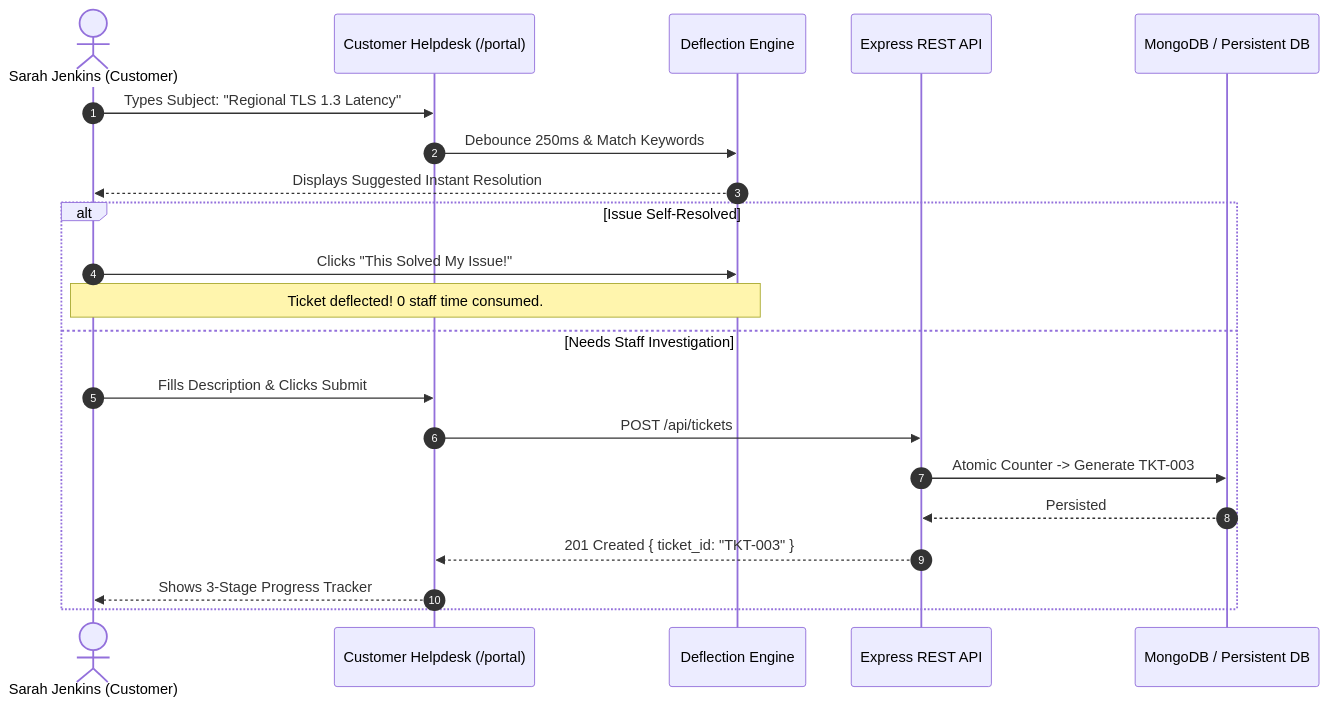
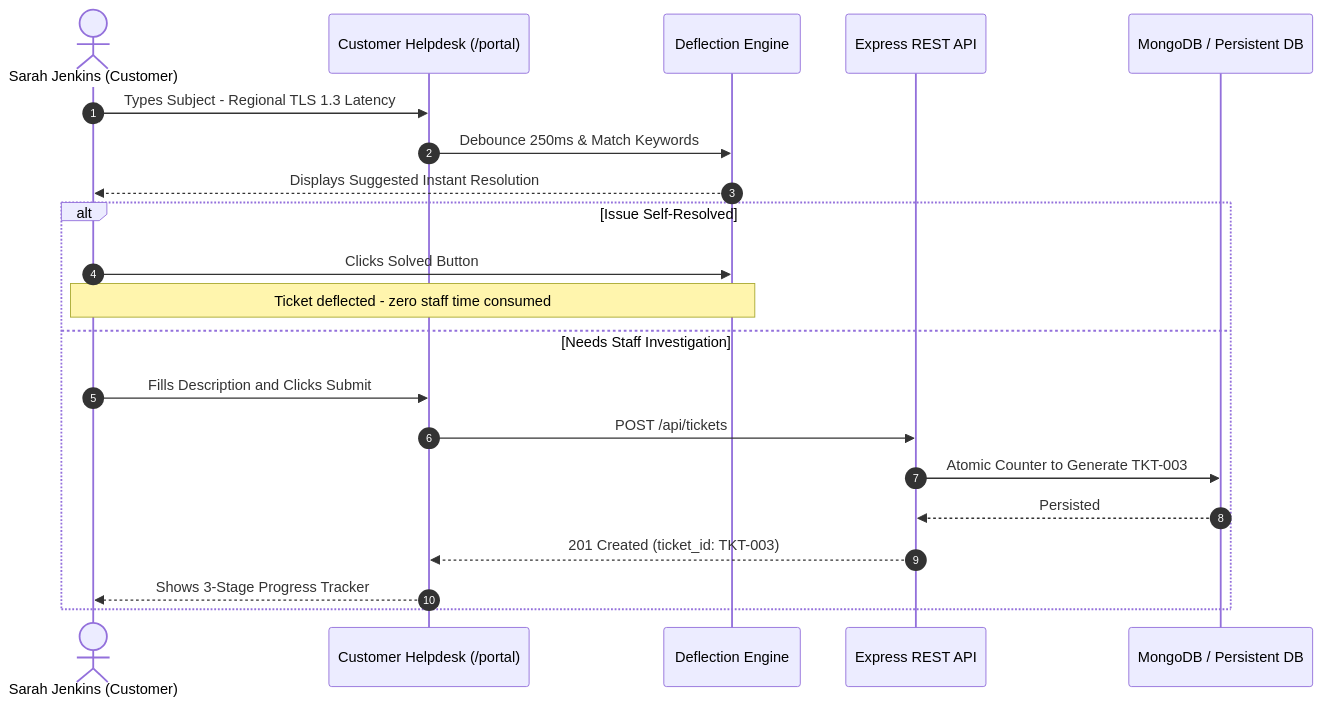
One commit to SarthakDudhe/DataStraw changed the first of 4 diagrams in README.md. Above: the diagram before and after it, drawn with Mermaid. The commit also changed other lines of this file, not shown here.

Commit message:
fix(docs): resolve Mermaid syntax parse error on GitHub by eliminating semicolons and unescaped operators

````diff
--- a/README.md
+++ b/README.md
@@ -129,24 +129,24 @@
 ```mermaid
 sequenceDiagram
     autonumber
     actor Customer as Sarah Jenkins (Customer)
     participant Portal as Customer Helpdesk (/portal)
     participant Deflect as Deflection Engine
     participant API as Express REST API
     participant DB as MongoDB / Persistent DB
 
-    Customer->>Portal: Types Subject: "Regional TLS 1.3 Latency"
+    Customer->>Portal: Types Subject - Regional TLS 1.3 Latency
     Portal->>Deflect: Debounce 250ms & Match Keywords
     Deflect-->>Customer: Displays Suggested Instant Resolution
     alt Issue Self-Resolved
-        Customer->>Deflect: Clicks "This Solved My Issue!"
-        Note over Customer, Deflect: Ticket deflected! 0 staff time consumed.
+        Customer->>Deflect: Clicks Solved Button
+        Note over Customer, Deflect: Ticket deflected - zero staff time consumed
     else Needs Staff Investigation
-        Customer->>Portal: Fills Description & Clicks Submit
+        Customer->>Portal: Fills Description and Clicks Submit
         Portal->>API: POST /api/tickets
-        API->>DB: Atomic Counter -> Generate TKT-003
+        API->>DB: Atomic Counter to Generate TKT-003
         DB-->>API: Persisted
-        API-->>Portal: 201 Created { ticket_id: "TKT-003" }
+        API-->>Portal: 201 Created (ticket_id: TKT-003)
         Portal-->>Customer: Shows 3-Stage Progress Tracker
     end
 ```
````
